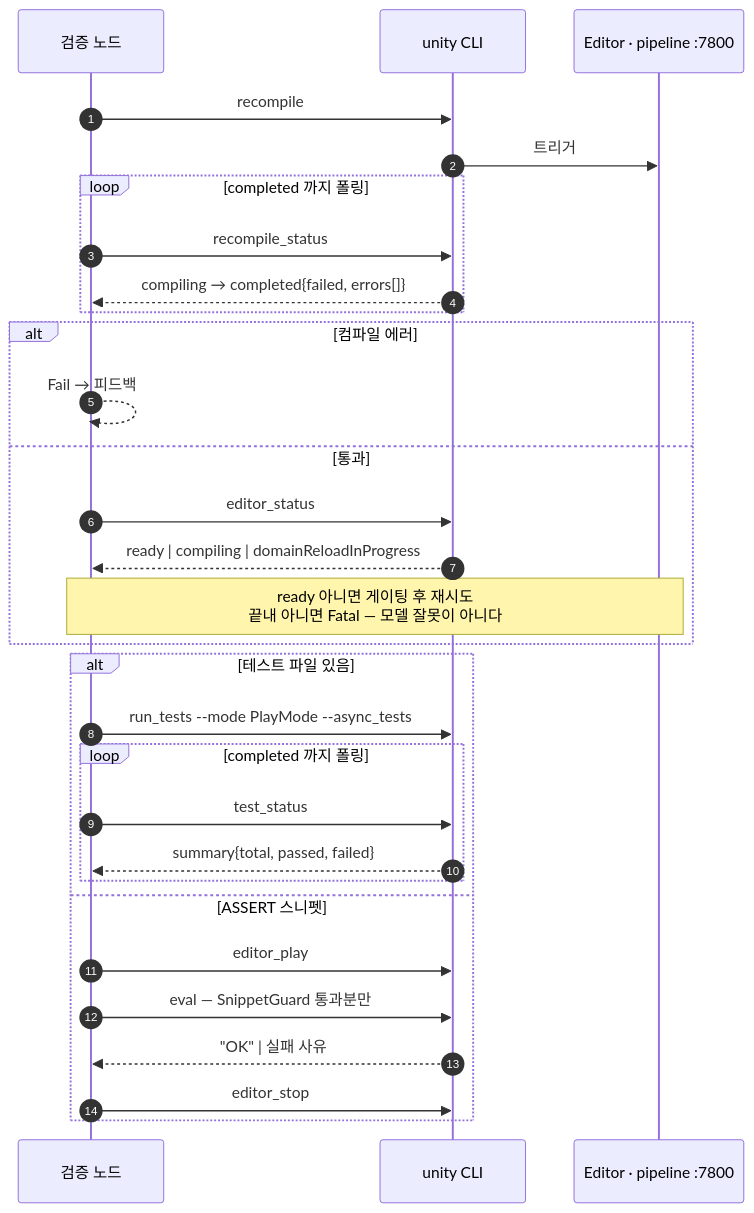
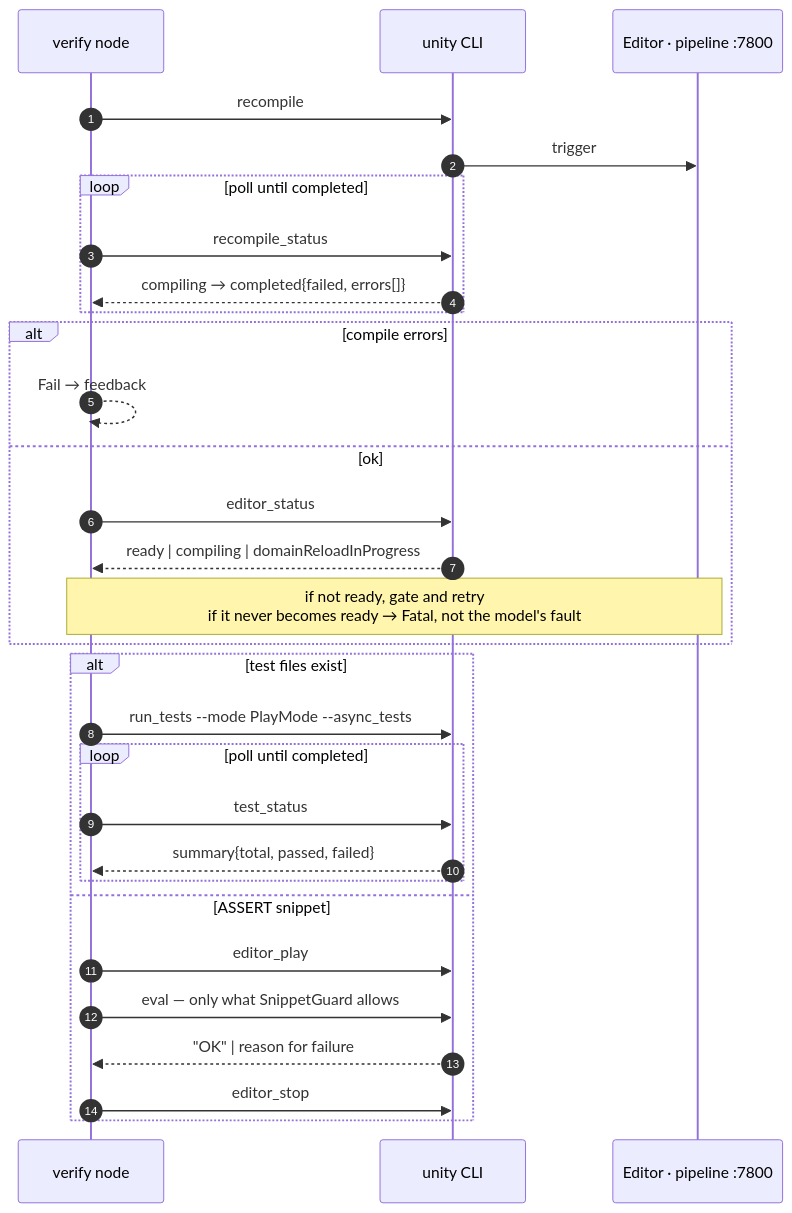
Before and after one commit to SeoBYP/GameDev-AgentLoop: the seventh of 11 diagrams in docs/ARCHITECTURE.md, drawn with Mermaid. The commit also changed other lines of this file and 21 other files, not shown here.

First line of the commit message:
오픈소스화 3단계 — 런타임 출력 영어 통일 + ARCHITECTURE 영어판

````diff
--- a/docs/ARCHITECTURE.md
+++ b/docs/ARCHITECTURE.md
@@ -370,35 +380,35 @@
 ```mermaid
 sequenceDiagram
     autonumber
-    participant N as 검증 노드
+    participant N as verify node
     participant U as unity CLI
     participant E as Editor · pipeline :7800
 
     N->>U: recompile
-    U->>E: 트리거
-    loop completed 까지 폴링
+    U->>E: trigger
+    loop poll until completed
         N->>U: recompile_status
         U-->>N: compiling → completed{failed, errors[]}
     end
 
-    alt 컴파일 에러
-        N-->>N: Fail → 피드백
-    else 통과
+    alt compile errors
+        N-->>N: Fail → feedback
+    else ok
         N->>U: editor_status
         U-->>N: ready | compiling | domainReloadInProgress
-        Note over N,E: ready 아니면 게이팅 후 재시도<br/>끝내 아니면 Fatal — 모델 잘못이 아니다
+        Note over N,E: if not ready, gate and retry<br/>if it never becomes ready → Fatal, not the model's fault
     end
 
-    alt 테스트 파일 있음
+    alt test files exist
         N->>U: run_tests --mode PlayMode --async_tests
-        loop completed 까지 폴링
+        loop poll until completed
             N->>U: test_status
             U-->>N: summary{total, passed, failed}
         end
-    else ASSERT 스니펫
+    else ASSERT snippet
         N->>U: editor_play
-        N->>U: eval — SnippetGuard 통과분만
-        U-->>N: "OK" | 실패 사유
+        N->>U: eval — only what SnippetGuard allows
+        U-->>N: "OK" | reason for failure
         N->>U: editor_stop
     end
 ```
````
